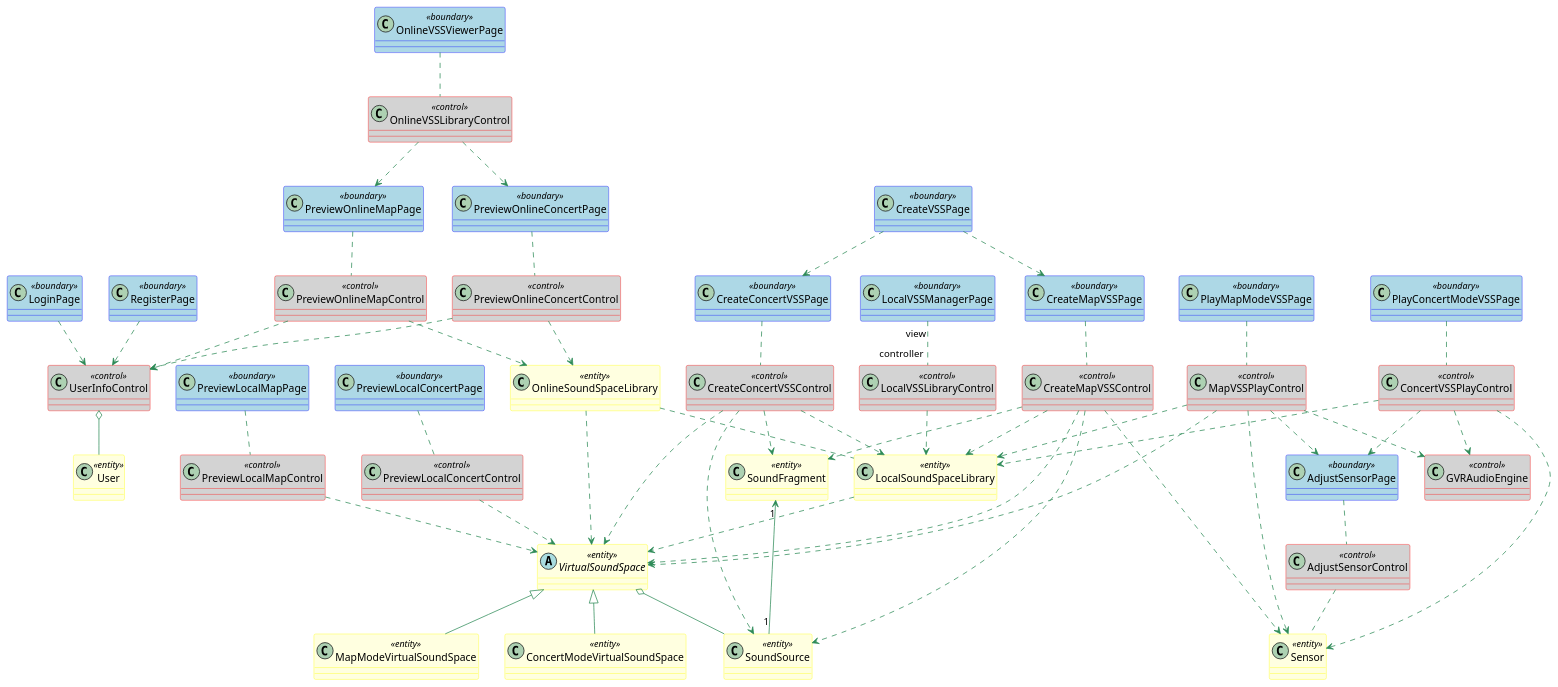
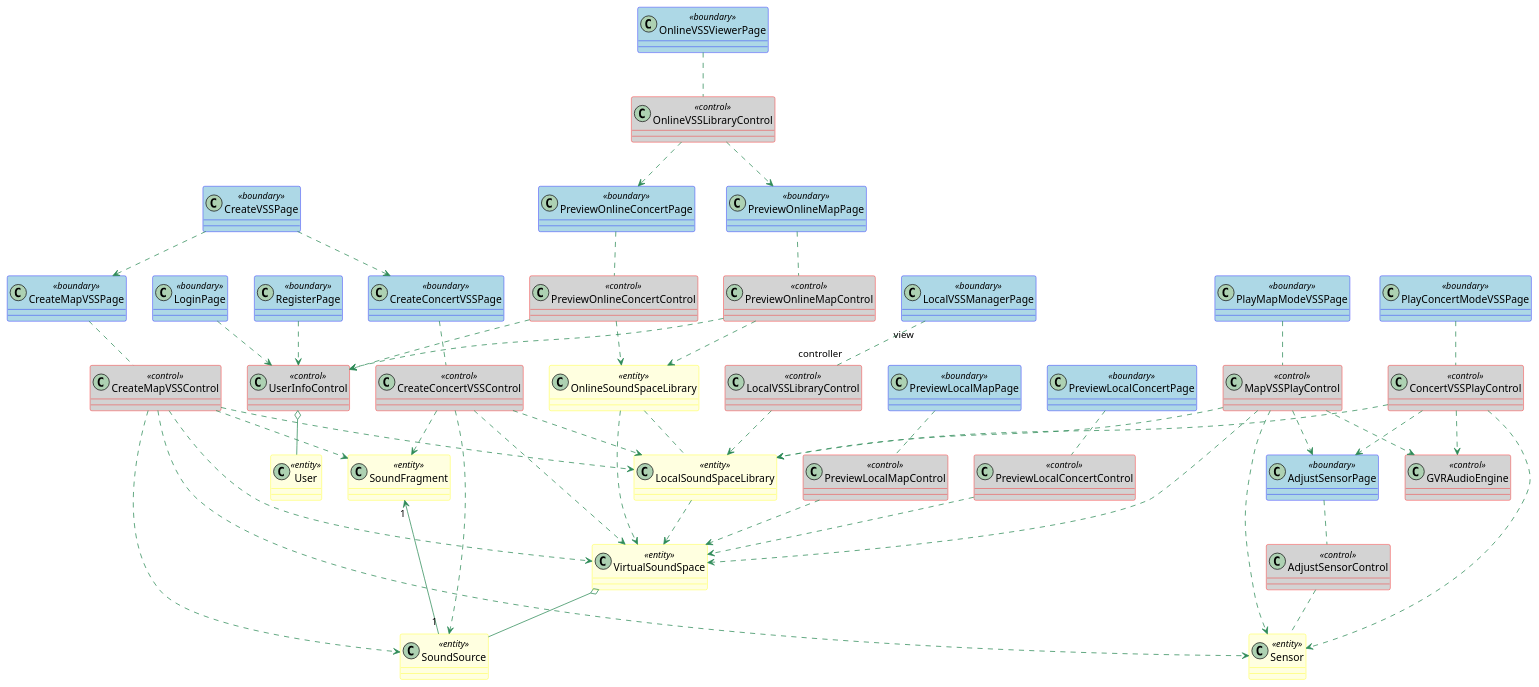
Before and after one commit to kpp19920121/doc: the diagram in 设计/对象模型.md, drawn with PlantUML. The commit also changed other lines of this file and 2 other files, not shown here.

Commit message:
1.修改了子系统划分 2.修改了对象模型

```diff
--- a/设计/对象模型.md
+++ b/设计/对象模型.md
@@ -69,26 +66,86 @@
     BorderColor<<entity>> Yellow
 }
 
-
-class RegisterPage <<boundary>> {
+'Entity Begin
+class User <<entity>> {
 
 }
+class LocalSoundSpaceLibrary <<entity>> {
+
+}
+class Sensor <<entity>> {
+
+}
+class VirtualSoundSpace <<entity>> {
+
+}
+class SoundSource <<entity>> {
+
+}
+class OnlineSoundSpaceLibrary <<entity>> {
+
+}
+class LocalSoundSpaceLibrary <<entity>> {
+
+}
+class SoundFragment <<entity>> {
+
+}
+' Entity Ends
+' ======
+' Control Begins
 class UserInfoControl <<control>> {
+
+}
+class LocalVSSLibraryControl <<control>> {
+
+}
+class CreateMapVSSControl <<control>> {
+
+}
+class CreateConcertVSSControl <<control>> {
+
+}
+class PreviewOnlineMapControl <<control>> {
+
+}
+class PreviewOnlineConcertControl <<control>> {
+
+}
+
+class PreviewLocalMapControl <<control>> {
+
+}
+class PreviewLocalConcertControl <<control>> {
+
+}
+class MapVSSPlayControl <<control>> {
+
+}
+
+class GVRAudioEngine <<control>> {
+
+}
+class ConcertVSSPlayControl <<control>> {
+
+}
+class AdjustSensorControl <<control>> {
+
+}
+
+class OnlineVSSLibraryControl <<control>> {
+
+}
+' Control Ends
+' ============
+' Boundary Begin
+class RegisterPage <<boundary>> {
 
 }
 class LocalVSSManagerPage <<boundary>> {
 
 }
-class User <<entity>> {
-
-}
 class LoginPage <<boundary>> {
-
-}
-class LocalVSSLibraryControl <<control>> {
-
-}
-class LocalSoundSpaceLibrary <<entity>> {
 
 }
 class PreviewLocalMapPage <<boundary>> {
@@ -103,85 +160,30 @@
 class CreateMapVSSPage <<boundary>> {
 
 }
-class CreateMapVSSControl <<control>> {
-
-}
-class Sensor <<entity>> {
-
-}
-class MapModeVirtualSoundSpace <<entity>> {
-
-}
-class ConcertModeVirtualSoundSpace <<entity>> {
-
-}
-abstract VirtualSoundSpace <<entity>> {
-
-}
-class SoundSource <<entity>> {
-
-}
 class CreateConcertVSSPage <<boundary>> {
-
-}
-class CreateConcertVSSControl <<control>> {
 
 }
 class PreviewOnlineMapPage <<boundary>> {
 
 }
-class PreviewOnlineMapControl <<control>> {
-
-}
 class PreviewOnlineConcertPage <<boundary>> {
-
-}
-class PreviewOnlineConcertControl <<control>> {
-
-}
-class OnlineSoundSpaceLibrary <<entity>> {
-
-}
-class PreviewLocalMapControl <<control>> {
-
-}
-class PreviewLocalConcertControl <<control>> {
 
 }
 class PlayMapModeVSSPage <<boundary>> {
 
 }
-class MapVSSPlayControl <<control>> {
 
-}
-class LocalSoundSpaceLibrary <<entity>> {
-
-}
-class GVRAudioEngine <<control>> {
-
-}
 class AdjustSensorPage <<boundary>> {
 
 }
 class PlayConcertModeVSSPage <<boundary>> {
 
 }
-class ConcertVSSPlayControl <<control>> {
 
-}
 class OnlineVSSViewerPage <<boundary>> {
 
 }
-class AdjustSensorControl <<control>> {
-
-}
-class SoundFragment <<entity>> {
-
-}
-class OnlineVSSLibraryControl <<control>> {
-
-}
-
+' Boundary Ends
 
 UserInfoControl o-- User
 LocalVSSManagerPage "view" .. "controller" LocalVSSLibraryControl
@@ -189,8 +191,6 @@
 CreateMapVSSPage .. CreateMapVSSControl
 CreateMapVSSControl ..> LocalSoundSpaceLibrary
 LocalSoundSpaceLibrary ..> VirtualSoundSpace
-VirtualSoundSpace <|-- ConcertModeVirtualSoundSpace
-VirtualSoundSpace <|-- MapModeVirtualSoundSpace
 LoginPage ..> UserInfoControl
 RegisterPage ..> UserInfoControl
 CreateMapVSSControl ..> Sensor
```
